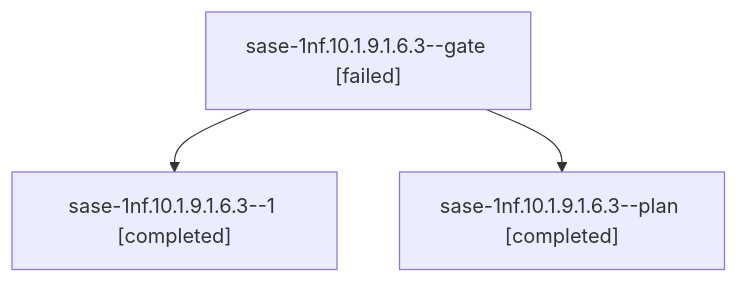
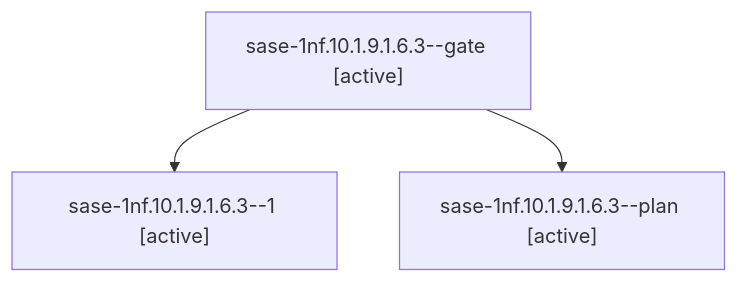
The diagram in sessions/bbugyi200.athena.sase-1nf.10.1.9.1.6.3.md (sase-org/sase--agents), drawn with Mermaid before and after one commit. The commit also changed other lines of this file and 227 other files, not shown here.

````diff
--- a/sessions/bbugyi200.athena.sase-1nf.10.1.9.1.6.3.md
+++ b/sessions/bbugyi200.athena.sase-1nf.10.1.9.1.6.3.md
@@ -9,8 +9,8 @@
 ```mermaid
 flowchart TD
-  n0["sase-1nf.10.1.9.1.6.3--gate [failed]"]
-  n1["sase-1nf.10.1.9.1.6.3--1 [completed]"]
+  n0["sase-1nf.10.1.9.1.6.3--gate [active]"]
+  n1["sase-1nf.10.1.9.1.6.3--1 [active]"]
   n0 --> n1
-  n2["sase-1nf.10.1.9.1.6.3--plan [completed]"]
+  n2["sase-1nf.10.1.9.1.6.3--plan [active]"]
   n0 --> n2
 ```
````
